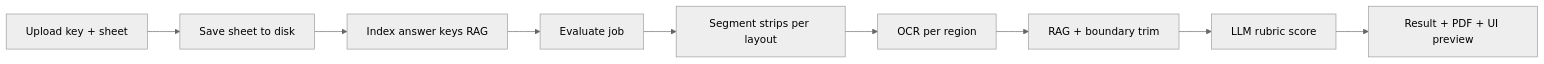
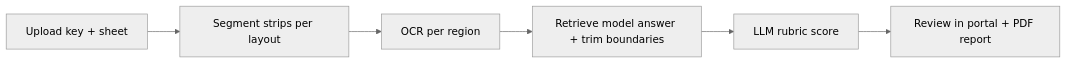
One commit to CloveCI/GRADE changed the diagram in README.md. Above: the diagram before and after it, drawn with Mermaid (neutral theme). The commit also changed other lines of this file and 4 other files, not shown here.

````diff
--- a/README.md
+++ b/README.md
@@ -18,11 +17,8 @@
 ```mermaid
 flowchart LR
-  A[Upload key + sheet] --> B[Save sheet to disk]
-  B --> C[Index answer keys RAG]
-  C --> D[Evaluate job]
-  D --> E[Segment strips per layout]
-  E --> F[OCR per region]
-  F --> G[RAG + boundary trim]
-  G --> H[LLM rubric score]
-  H --> I[Result + PDF + UI preview]
+  A[Upload key + sheet] --> B[Segment strips per layout]
+  B --> C[OCR per region]
+  C --> D[Retrieve model answer + trim boundaries]
+  D --> E[LLM rubric score]
+  E --> F[Review in portal + PDF report]
 ```
````
